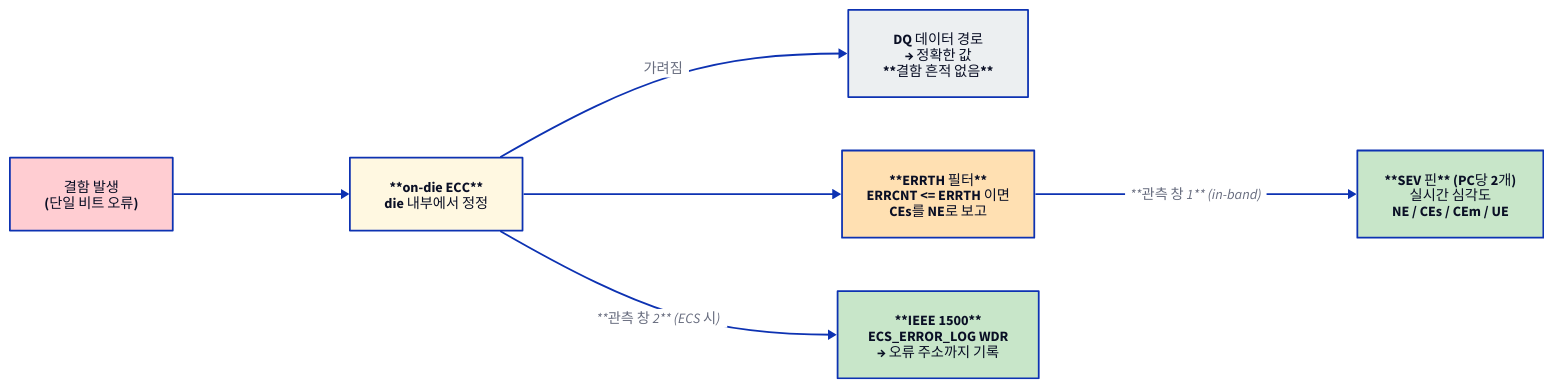
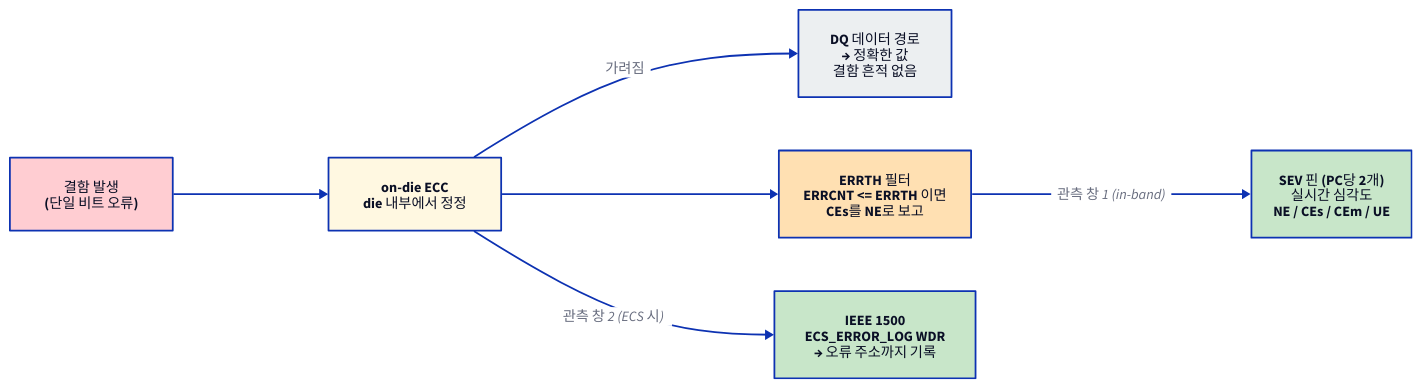
One commit to humbleowl39/DV_SKOOL changed the diagram in starlight_site/src/content/docs/hbm_dv/11_dft_ras.md. Above: the diagram before and after it, drawn with D2. The commit also changed 714 other files, not shown here.

First line of the commit message:
fix(site): d2 다이어그램 가독성 결함 6종 일괄 수정

````diff
--- a/starlight_site/src/content/docs/hbm_dv/11_dft_ras.md
+++ b/starlight_site/src/content/docs/hbm_dv/11_dft_ras.md
@@ -106,16 +106,16 @@
 ```d2
 direction: right
 
 DEF: "결함 발생\n(단일 비트 오류)" { style.fill: "#ffcdd2"; style.font-color: "#0A0F25" }
-ECC: "**on-die ECC**\ndie 내부에서 정정" { style.fill: "#fff8e1"; style.font-color: "#0A0F25" }
-DATA: "DQ 데이터 경로\n→ 정확한 값\n**결함 흔적 없음**" { style.fill: "#eceff1"; style.font-color: "#0A0F25" }
-SEV: "**SEV 핀** (PC당 2개)\n실시간 심각도\nNE / CEs / CEm / UE" { style.fill: "#c8e6c9"; style.font-color: "#0A0F25" }
-FILT: "**ERRTH 필터**\nERRCNT <= ERRTH 이면\nCEs를 NE로 보고" { style.fill: "#ffe0b2"; style.font-color: "#0A0F25" }
-TAP: "**IEEE 1500**\nECS_ERROR_LOG WDR\n→ 오류 주소까지 기록" { style.fill: "#c8e6c9"; style.font-color: "#0A0F25" }
+ECC: "on-die ECC\ndie 내부에서 정정" { style.fill: "#fff8e1"; style.font-color: "#0A0F25" }
+DATA: "DQ 데이터 경로\n→ 정확한 값\n결함 흔적 없음" { style.fill: "#eceff1"; style.font-color: "#0A0F25" }
+SEV: "SEV 핀 (PC당 2개)\n실시간 심각도\nNE / CEs / CEm / UE" { style.fill: "#c8e6c9"; style.font-color: "#0A0F25" }
+FILT: "ERRTH 필터\nERRCNT <= ERRTH 이면\nCEs를 NE로 보고" { style.fill: "#ffe0b2"; style.font-color: "#0A0F25" }
+TAP: "IEEE 1500\nECS_ERROR_LOG WDR\n→ 오류 주소까지 기록" { style.fill: "#c8e6c9"; style.font-color: "#0A0F25" }
 
 DEF -> ECC
 ECC -> DATA: "가려짐"
 ECC -> FILT
-FILT -> SEV: "**관측 창 1** (in-band)"
-ECC -> TAP: "**관측 창 2** (ECS 시)"
+FILT -> SEV: "관측 창 1 (in-band)"
+ECC -> TAP: "관측 창 2 (ECS 시)"
 ```
````
